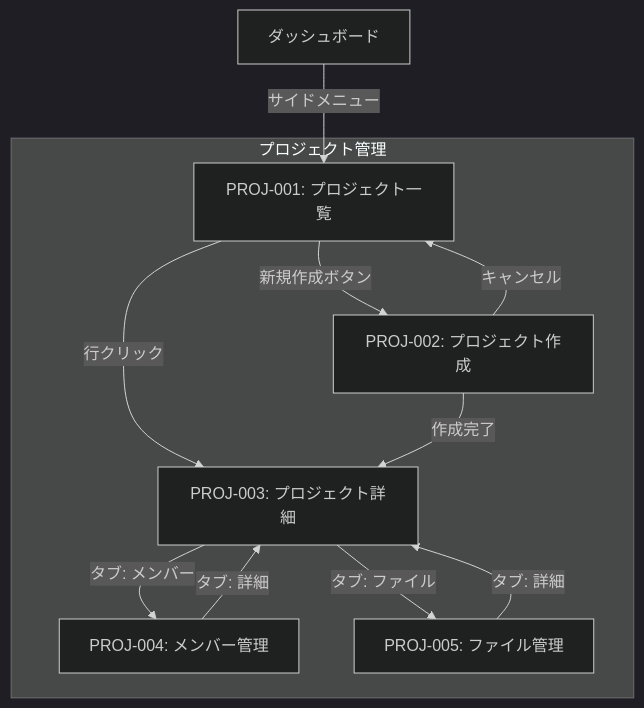
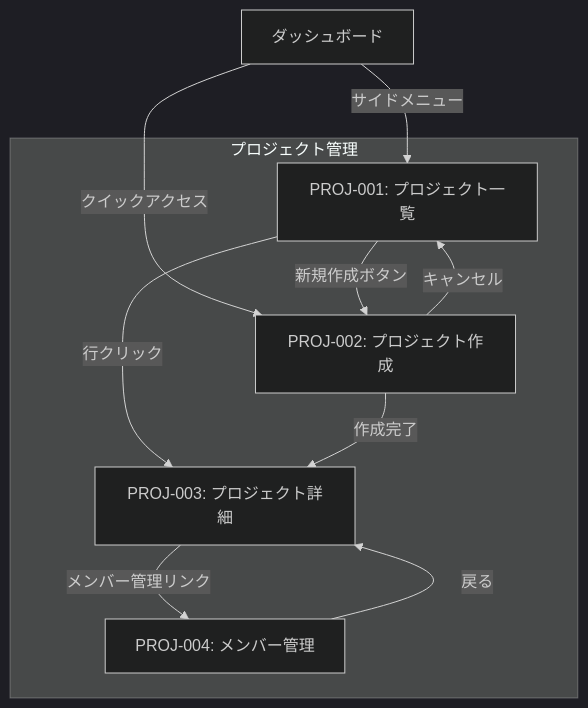
The second of 6 diagrams in docs/specifications/02-screen-transition/01-screen-transition.md (nomura-koshiro/genai-app-docs), drawn with Mermaid (dark theme) before and after one commit. The commit also changed other lines of this file and 29 other files, not shown here.

```diff
--- a/docs/specifications/02-screen-transition/01-screen-transition.md
+++ b/docs/specifications/02-screen-transition/01-screen-transition.md
@@ -145,20 +155,18 @@
 ::: mermaid
 graph TD
     subgraph プロジェクト管理
         PLIST[PROJ-001: プロジェクト一覧]
         PNEW[PROJ-002: プロジェクト作成]
         PDETAIL[PROJ-003: プロジェクト詳細]
         PMEMBER[PROJ-004: メンバー管理]
-        PFILE[PROJ-005: ファイル管理]
     end
 
     DASH[ダッシュボード] -->|サイドメニュー| PLIST
+    DASH -->|クイックアクセス| PNEW
     PLIST -->|新規作成ボタン| PNEW
     PLIST -->|行クリック| PDETAIL
     PNEW -->|作成完了| PDETAIL
     PNEW -->|キャンセル| PLIST
-    PDETAIL -->|タブ: メンバー| PMEMBER
-    PDETAIL -->|タブ: ファイル| PFILE
-    PMEMBER -->|タブ: 詳細| PDETAIL
-    PFILE -->|タブ: 詳細| PDETAIL
+    PDETAIL -->|メンバー管理リンク| PMEMBER
+    PMEMBER -->|戻る| PDETAIL
 :::
```
